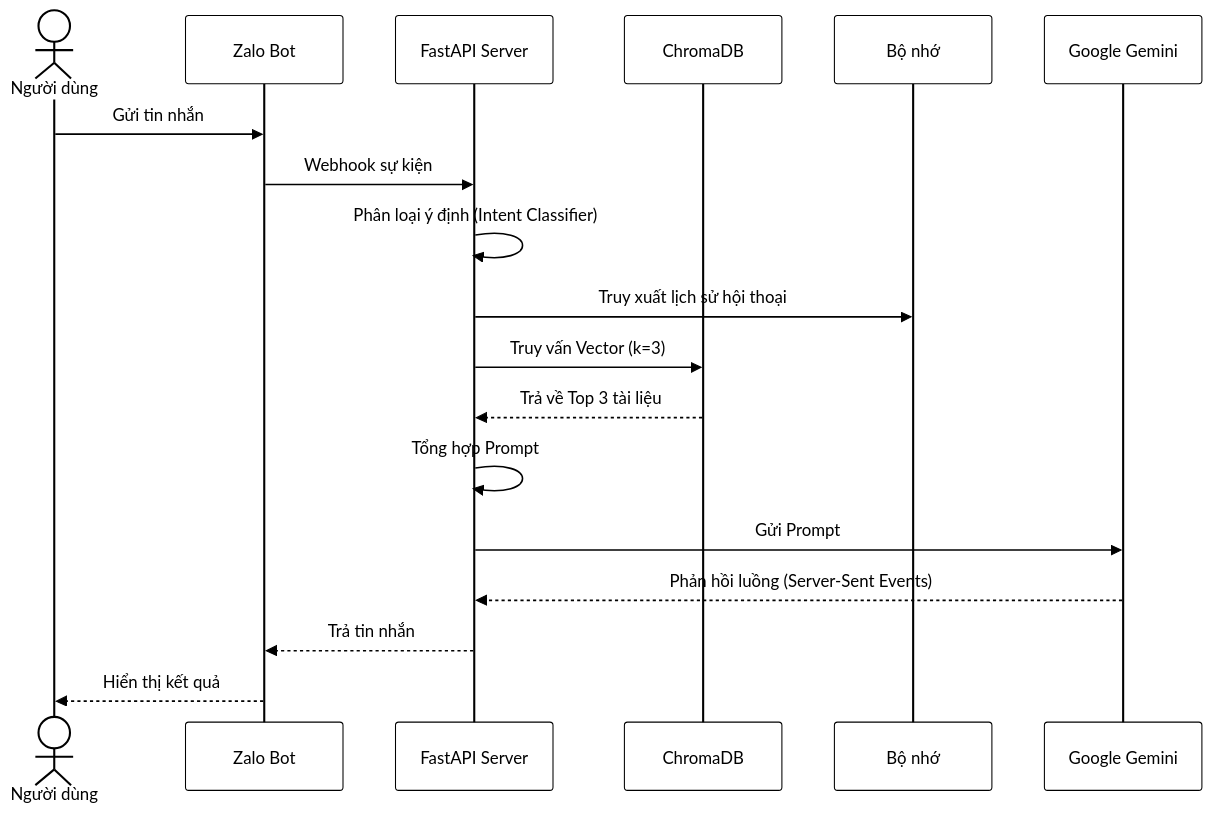
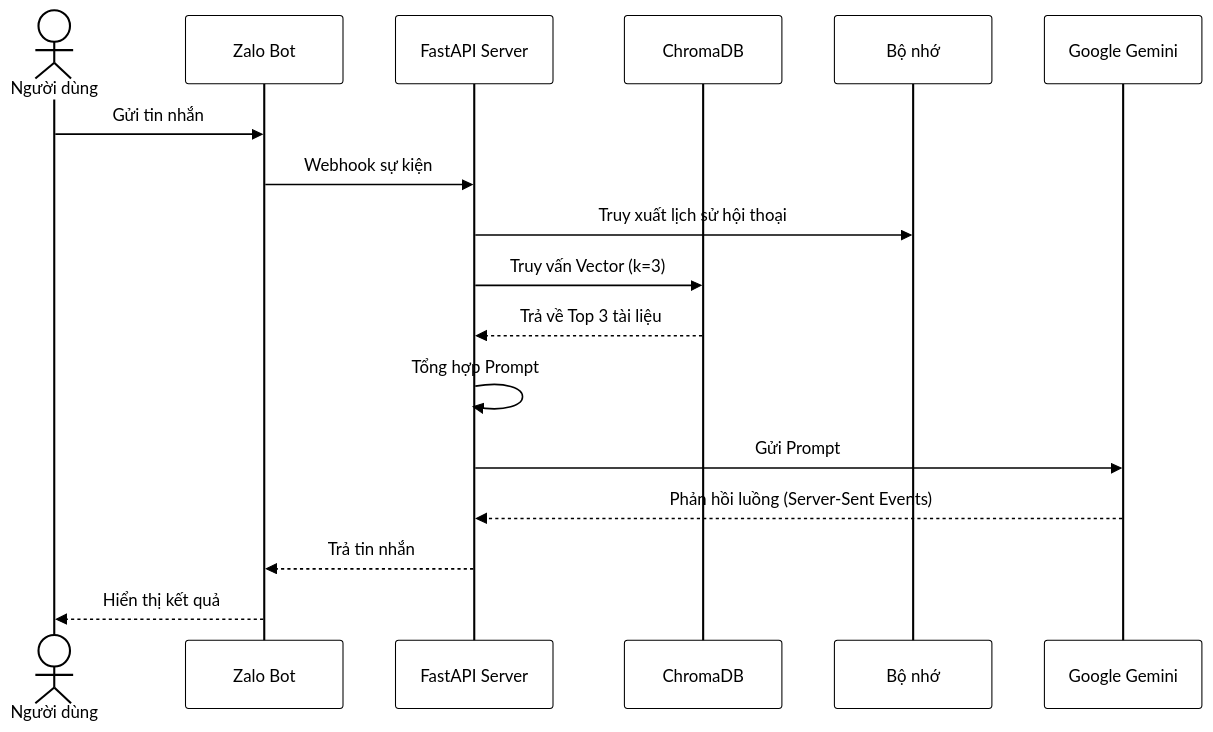
One commit to tranhongs0n/DATN changed the second of 2 diagrams in thesis/Document_Planing/Content/3_Chuong3.md. Above: the diagram before and after it, drawn with Mermaid. The commit also changed other lines of this file and 17 other files, not shown here.

````diff
--- a/thesis/Document_Planing/Content/3_Chuong3.md
+++ b/thesis/Document_Planing/Content/3_Chuong3.md
@@ -79,22 +79,21 @@
 ```mermaid
 %%{init: {'theme': 'base', 'themeVariables': { 'primaryColor': '#ffffff', 'primaryBorderColor': '#000000', 'primaryTextColor': '#000000', 'lineColor': '#000000', 'background': '#ffffff'}}}%%
 sequenceDiagram
     actor User as Người dùng
     participant Zalo as Zalo Bot
     participant API as FastAPI Server
     participant DB as ChromaDB
     participant Mem as Bộ nhớ
     participant LLM as Google Gemini
 
     User->>Zalo: Gửi tin nhắn
     Zalo->>API: Webhook sự kiện
-    API->>API: Phân loại ý định (Intent Classifier)
     API->>Mem: Truy xuất lịch sử hội thoại
     API->>DB: Truy vấn Vector (k=3)
     DB-->>API: Trả về Top 3 tài liệu
     API->>API: Tổng hợp Prompt
     API->>LLM: Gửi Prompt
     LLM-->>API: Phản hồi luồng (Server-Sent Events)
     API-->>Zalo: Trả tin nhắn
     Zalo-->>User: Hiển thị kết quả
 ```
````
